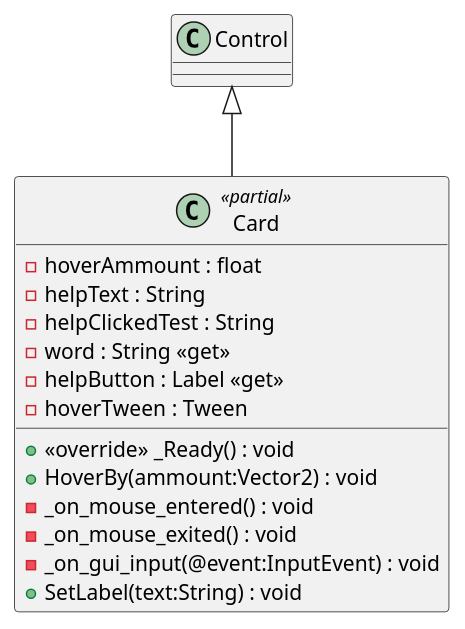
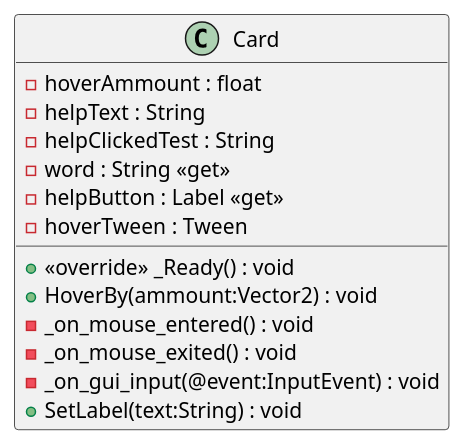
The diagram in PlantUML/scenes/Card.puml (Leximon-SWE-2025/Leximon), drawn with PlantUML before and after one commit. The commit also changed 65 other files, not shown here.

Commit message:
update class diagram

```diff
--- a/PlantUML/scenes/Card.puml
+++ b/PlantUML/scenes/Card.puml
@@ -1,17 +1,17 @@
-@startuml
-class Card <<partial>> {
+@startuml Card
+class Card {
     - hoverAmmount : float
     - helpText : String
     - helpClickedTest : String
     - word : String <<get>>
     - helpButton : Label <<get>>
     - hoverTween : Tween
     + <<override>> _Ready() : void
     + HoverBy(ammount:Vector2) : void
     - _on_mouse_entered() : void
     - _on_mouse_exited() : void
     - _on_gui_input(@event:InputEvent) : void
     + SetLabel(text:String) : void
 }
-Control <|-- Card
+' Control <|-- Card
 @enduml
```
